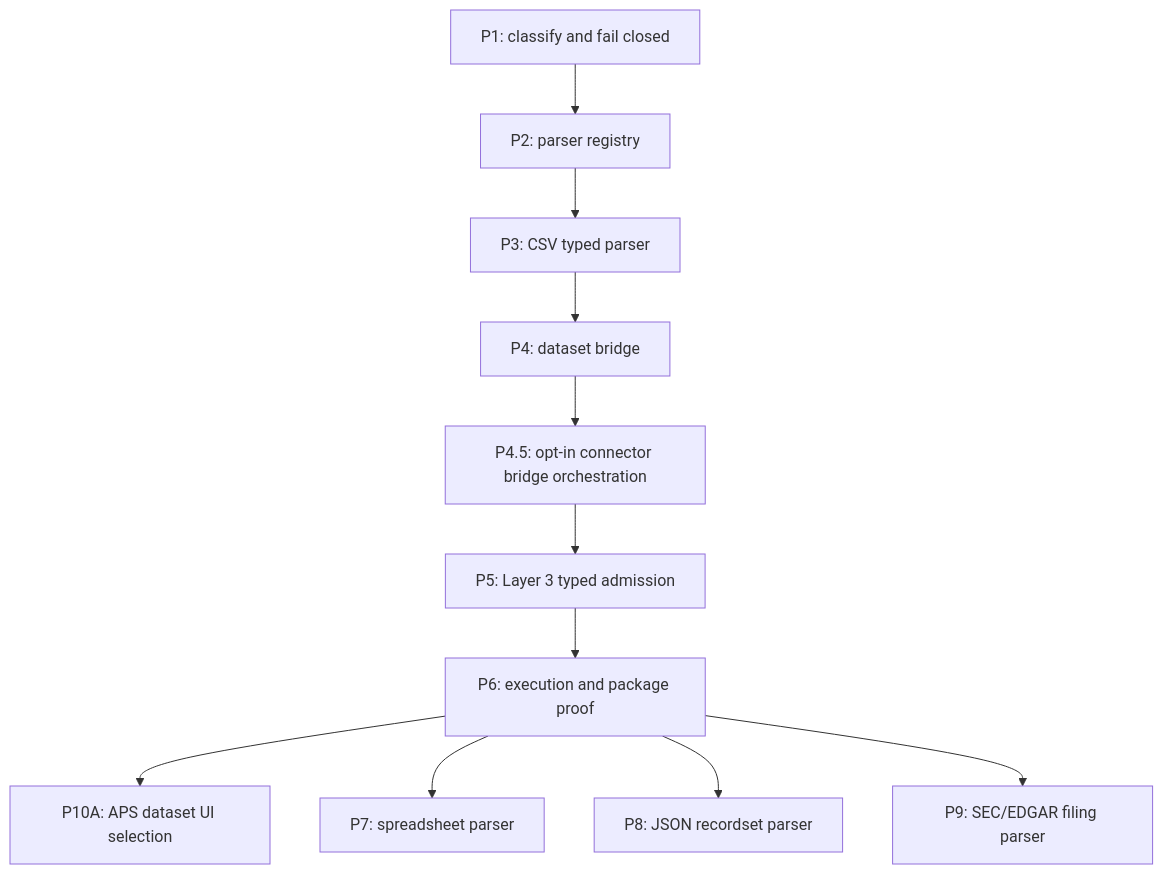
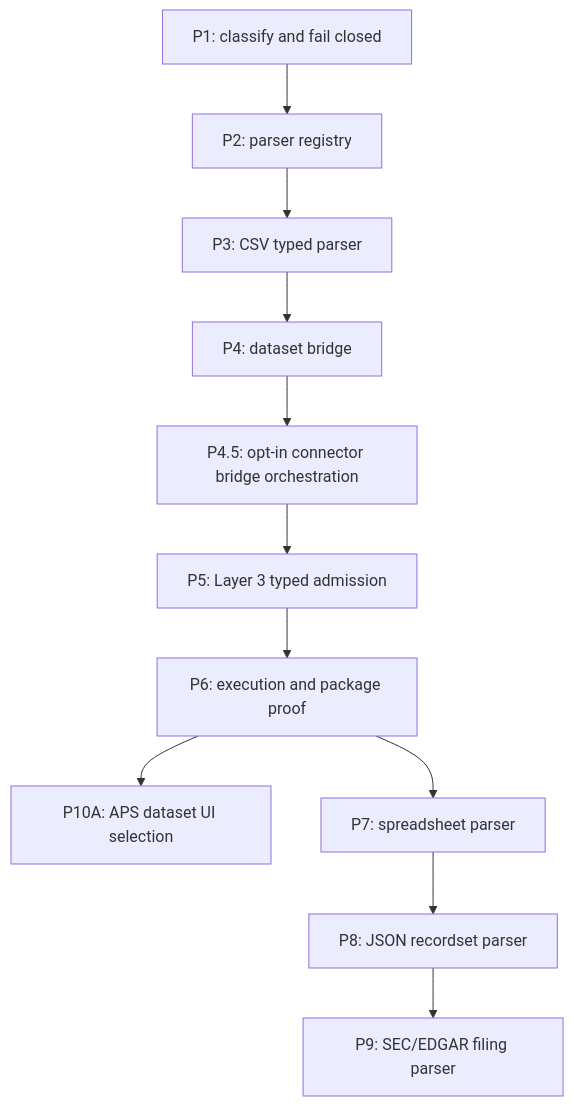
One commit to benjmcd/project6_REPO_MCP_FOLDER changed the diagram in next_milestone_plans/multi-ingest/03-implementation.md. Above: the diagram before and after it, drawn with Mermaid. The commit also changed other lines of this file and 23 other files, not shown here.

Commit message:
Add bounded APS JSON recordset parser

````diff
--- a/next_milestone_plans/multi-ingest/03-implementation.md
+++ b/next_milestone_plans/multi-ingest/03-implementation.md
@@ -422,13 +434,13 @@
 ```mermaid
 flowchart TD
     A["P1: classify and fail closed"] --> B["P2: parser registry"]
     B --> C["P3: CSV typed parser"]
     C --> D["P4: dataset bridge"]
     D --> E["P4.5: opt-in connector bridge orchestration"]
     E --> F["P5: Layer 3 typed admission"]
     F --> G["P6: execution and package proof"]
     G --> H["P10A: APS dataset UI selection"]
     G --> I["P7: spreadsheet parser"]
-    G --> J["P8: JSON recordset parser"]
-    G --> K["P9: SEC/EDGAR filing parser"]
+    I --> J["P8: JSON recordset parser"]
+    J --> K["P9: SEC/EDGAR filing parser"]
 ```
````
